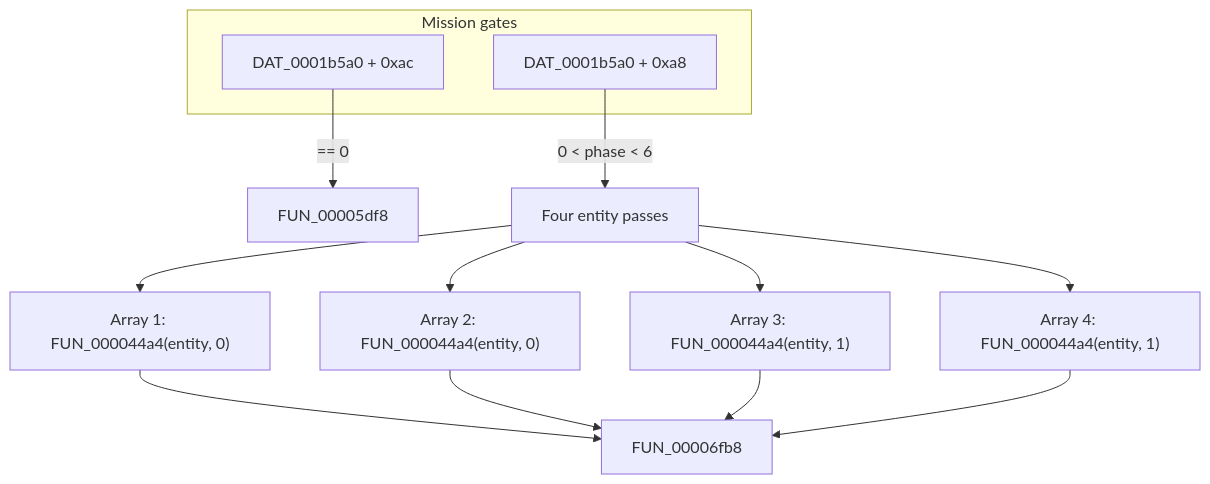
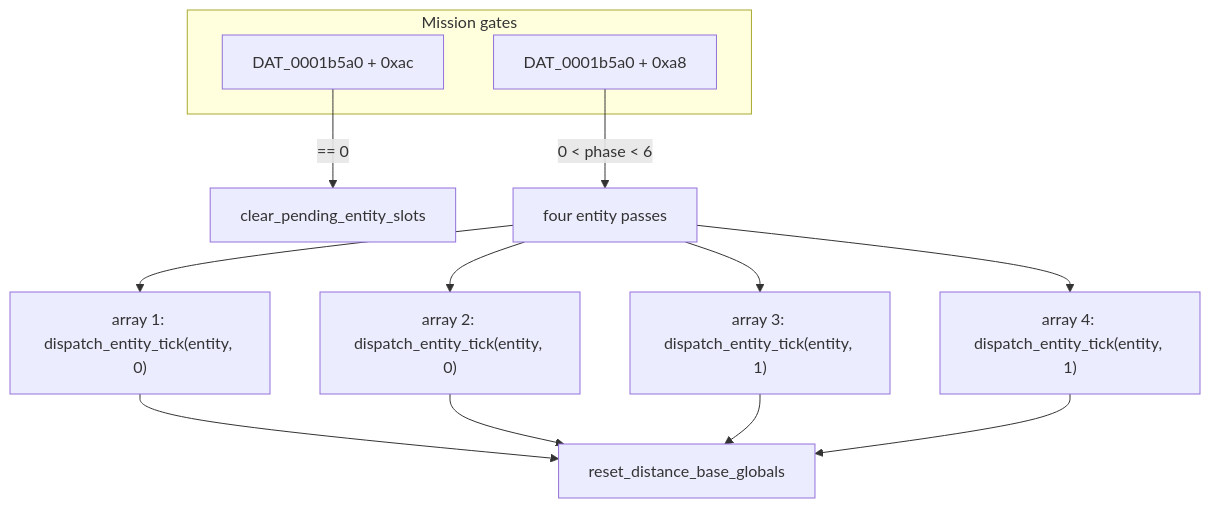
One commit to matyo91/hellcats-over-the-pacific changed the diagram in docs/architecture/SUBSYSTEM_MAP.md. Above: the diagram before and after it, drawn with Mermaid. The commit also changed other lines of this file and 9 other files, not shown here.

````diff
--- a/docs/architecture/SUBSYSTEM_MAP.md
+++ b/docs/architecture/SUBSYSTEM_MAP.md
@@ -13,17 +32,17 @@
 ```mermaid
 flowchart TD
   subgraph gates [Mission gates]
     AC["DAT_0001b5a0 + 0xac"]
     A8["DAT_0001b5a0 + 0xa8"]
   end
-  AC -->|"== 0"| DF["FUN_00005df8"]
-  A8 -->|"0 &lt; phase &lt; 6"| EP["Four entity passes"]
-  EP --> A1["Array 1: FUN_000044a4(entity, 0)"]
-  EP --> A2["Array 2: FUN_000044a4(entity, 0)"]
-  EP --> A3["Array 3: FUN_000044a4(entity, 1)"]
-  EP --> A4["Array 4: FUN_000044a4(entity, 1)"]
-  A1 --> FB["FUN_00006fb8"]
+  AC -->|"== 0"| DF["clear_pending_entity_slots"]
+  A8 -->|"0 &lt; phase &lt; 6"| EP["four entity passes"]
+  EP --> A1["array 1: dispatch_entity_tick(entity, 0)"]
+  EP --> A2["array 2: dispatch_entity_tick(entity, 0)"]
+  EP --> A3["array 3: dispatch_entity_tick(entity, 1)"]
+  EP --> A4["array 4: dispatch_entity_tick(entity, 1)"]
+  A1 --> FB["reset_distance_base_globals"]
   A2 --> FB
   A3 --> FB
   A4 --> FB
 ```
````
